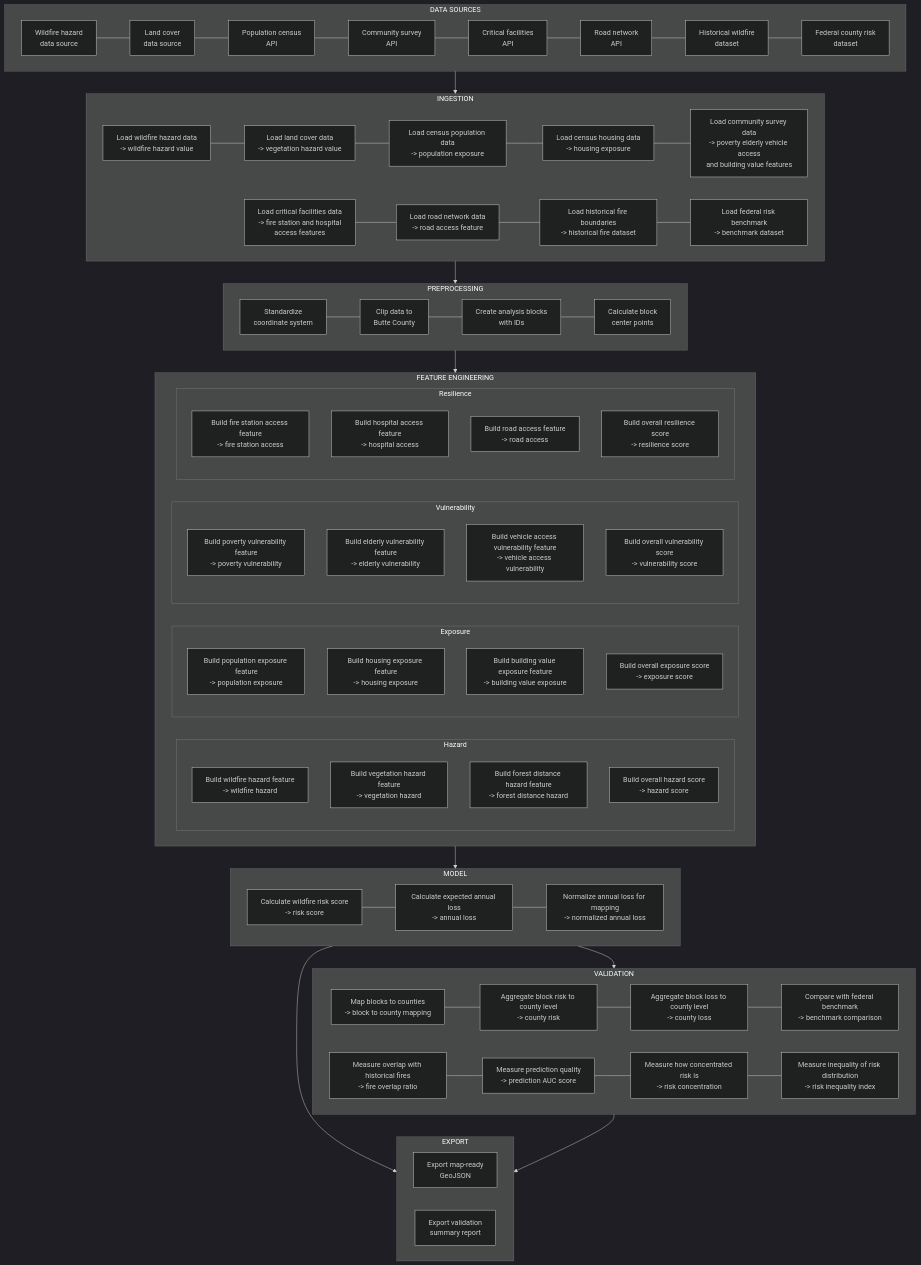
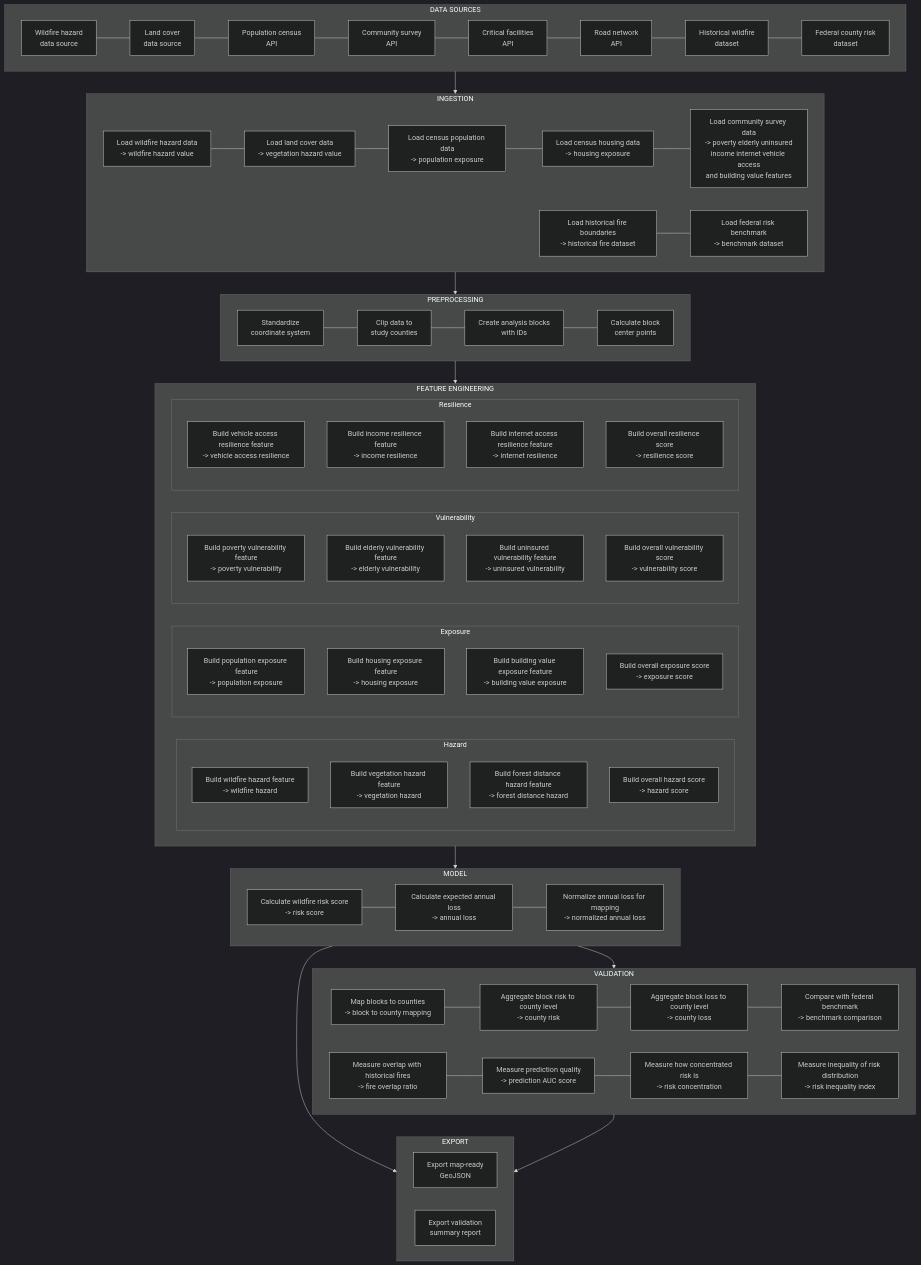
One commit to psingh449/wildfire-risk-mapping changed the diagram in calculations_diagram.mmd. Above: the diagram before and after it, drawn with Mermaid (dark theme). The commit also changed 2 other files, not shown here.

Commit message:
docs: sync Mermaid data-flow and calculation diagrams

```diff
--- a/calculations_diagram.mmd
+++ b/calculations_diagram.mmd
@@ -1,97 +1,95 @@
 flowchart TD
 
 subgraph DS[DATA SOURCES]
     direction LR
     A[Wildfire hazard<br/>data source] --- B[Land cover<br/>data source] --- C[Population census<br/>API] ---
     D[Community survey<br/>API] ---
     E[Critical facilities<br/>API] ---
     F[Road network<br/>API] ---
     G[Historical wildfire<br/>dataset] ---
     H[Federal county risk<br/>dataset] 
 end
 
 subgraph ING[INGESTION]
     I1[Load wildfire hazard data<br/>-> wildfire hazard value] ---
     I2[Load land cover data<br/>-> vegetation hazard value] ---
     I3[Load census population data<br/>-> population exposure] ---
     I4[Load census housing data<br/>-> housing exposure] ---
-    I5[Load community survey data<br/>-> poverty elderly vehicle access<br/>and building value features] 
-    I6[Load critical facilities data<br/>-> fire station and hospital<br/>access features] ---
-    I7[Load road network data<br/>-> road access feature] ---
+    I5[Load community survey data<br/>-> poverty elderly uninsured<br/>income internet vehicle access<br/>and building value features]
     I8[Load historical fire boundaries<br/>-> historical fire dataset] ---
     I9[Load federal risk benchmark<br/>-> benchmark dataset]
 end
 
 DS --> ING
 
 subgraph PRE[PREPROCESSING]
     J1[Standardize<br/>coordinate system] ---
-    J2[Clip data to<br/>Butte County] ---
+    J2[Clip data to<br/>study counties] ---
     J3[Create analysis blocks<br/>with IDs] ---
     J4[Calculate block<br/>center points]
 end
 
 ING --> PRE
 
 subgraph FE[FEATURE ENGINEERING]
 
     subgraph HZ[Hazard]
         H1[Build wildfire hazard feature<br/>-> wildfire hazard]
         H2[Build vegetation hazard feature<br/>-> vegetation hazard]
         H3[Build forest distance hazard feature<br/>-> forest distance hazard]
         H4[Build overall hazard score<br/>-> hazard score]
     end
 
     subgraph EX[Exposure]
         E1[Build population exposure feature<br/>-> population exposure]
         E2[Build housing exposure feature<br/>-> housing exposure]
         E3[Build building value exposure feature<br/>-> building value exposure]
         E4[Build overall exposure score<br/>-> exposure score]
     end
 
     subgraph VL[Vulnerability]
         V1[Build poverty vulnerability feature<br/>-> poverty vulnerability]
         V2[Build elderly vulnerability feature<br/>-> elderly vulnerability]
-        V3[Build vehicle access vulnerability feature<br/>-> vehicle access vulnerability]
+        V3[Build uninsured vulnerability feature<br/>-> uninsured vulnerability]
         V4[Build overall vulnerability score<br/>-> vulnerability score]
     end
 
     subgraph RS[Resilience]
-        R1[Build fire station access feature<br/>-> fire station access]
-        R2[Build hospital access feature<br/>-> hospital access]
-        R3[Build road access feature<br/>-> road access]
+        R1[Build vehicle access resilience feature<br/>-> vehicle access resilience]
+        R2[Build income resilience feature<br/>-> income resilience]
+        R3[Build internet access resilience feature<br/>-> internet resilience]
         R4[Build overall resilience score<br/>-> resilience score]
     end
 
 end
 
 PRE --> FE
 
 subgraph MODEL[MODEL]
     M1[Calculate wildfire risk score<br/>-> risk score] ---
     M2[Calculate expected annual loss<br/>-> annual loss] ---
     M3[Normalize annual loss for mapping<br/>-> normalized annual loss]
 end
 
 FE --> MODEL
 
 subgraph VAL[VALIDATION]
     VLD1[Map blocks to counties<br/>-> block to county mapping] ---
     VLD2[Aggregate block risk to county level<br/>-> county risk] ---
     VLD3[Aggregate block loss to county level<br/>-> county loss] ---
     VLD4[Compare with federal benchmark<br/>-> benchmark comparison] 
     VLD5[Measure overlap with historical fires<br/>-> fire overlap ratio] ---
     VLD6[Measure prediction quality<br/>-> prediction AUC score] ---
     VLD7[Measure how concentrated risk is<br/>-> risk concentration] ---
     VLD8[Measure inequality of risk distribution<br/>-> risk inequality index]
 end
 
 MODEL --> VAL
 
 subgraph EXP[EXPORT]
     X1[Export map-ready<br/>GeoJSON]
     X2[Export validation<br/>summary report]
 end
 
 MODEL --> EXP
 VAL --> EXP
```
